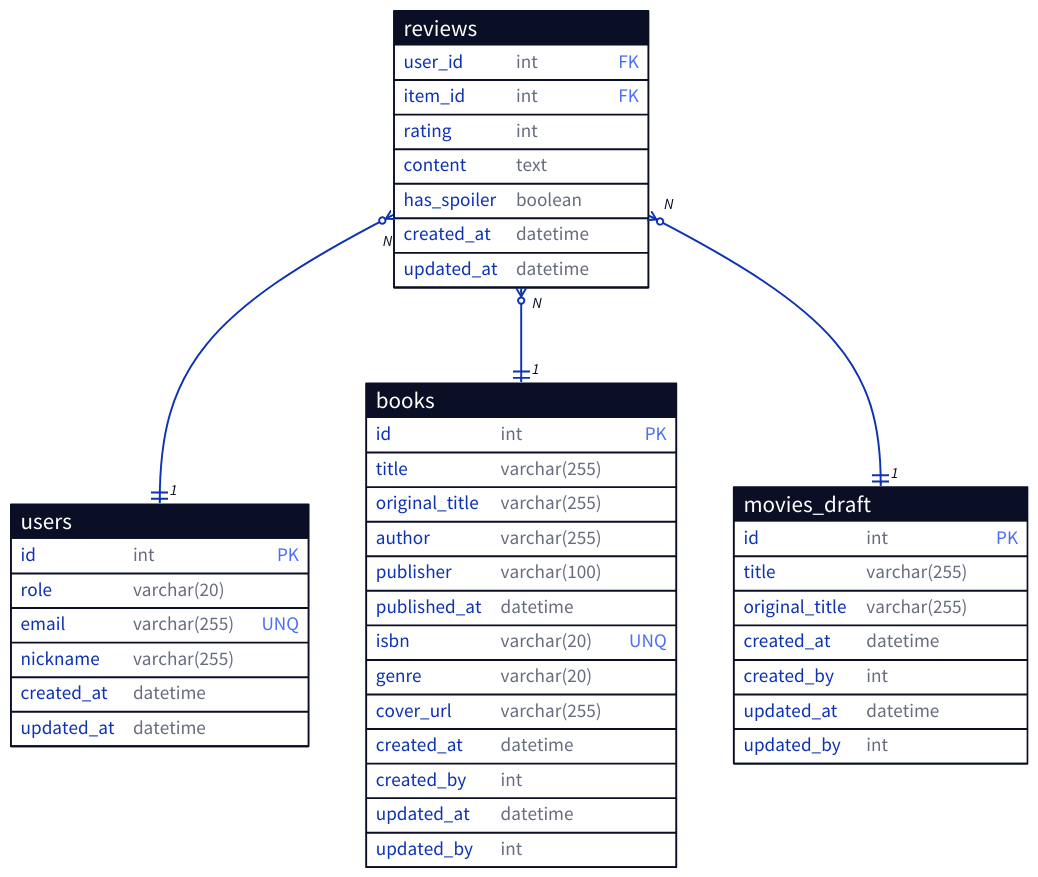
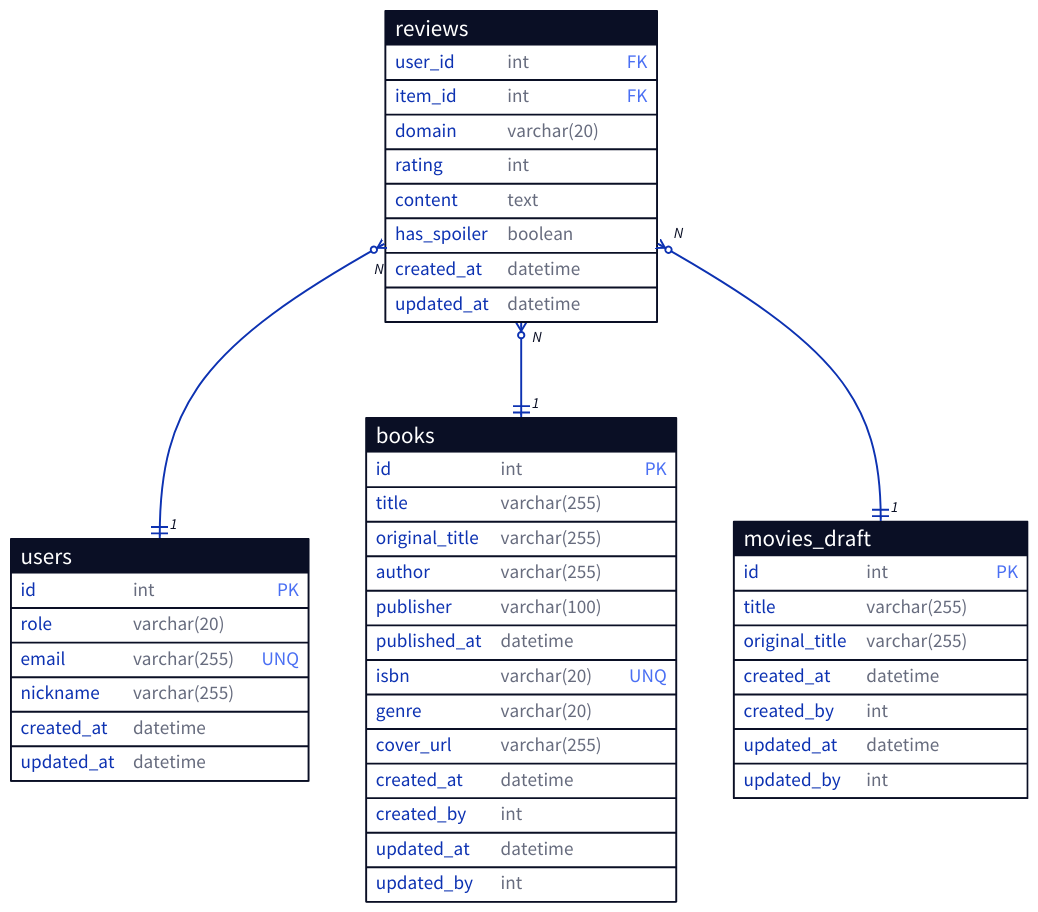
The diagram in resources/erd.d2 (injuk/mjis-content-box), drawn with D2 before and after one commit. The commit also changed 1 other file, not shown here.

Commit message:
chore: erd 수정

```diff
--- a/resources/erd.d2
+++ b/resources/erd.d2
@@ -1,86 +1,87 @@
 users: {
   shape: sql_table
 
   id: int { constraint: primary_key }
 
   role: varchar(20)
   email: varchar(255) { constraint: unique }
   nickname: varchar(255)
 
   created_at: datetime
   updated_at: datetime
 }
 
 books: {
   shape: sql_table
 
   id: int { constraint: primary_key }
 
   title: varchar(255)
   original_title: varchar(255)
   author: varchar(255)
   publisher: varchar(100)
   published_at: datetime
 
   isbn: varchar(20) { constraint: unique }
   genre: varchar(20)
   cover_url: varchar(255)
 
   created_at: datetime
   created_by: int
   updated_at: datetime
   updated_by: int
 }
 
 movies_draft: {
   shape: sql_table
 
   id: int { constraint: primary_key }
 
   title: varchar(255)
   original_title: varchar(255)
 
   created_at: datetime
   created_by: int
   updated_at: datetime
   updated_by: int
 }
 
 reviews: {
   shape: sql_table
 
   user_id: int { constraint: foreign_key }
   item_id: int { constraint: foreign_key }
+  domain: varchar(20)
 
   rating: int
   content: text
   has_spoiler: boolean
 
   created_at: datetime
   updated_at: datetime
 }
 
 reviews.user_id <-> users.id {
   source-arrowhead: N {
     shape: cf-many
   }
   target-arrowhead: 1 {
     shape: cf-one-required
   }
 }
 reviews.item_id <-> books.id {
   source-arrowhead: N {
     shape: cf-many
   }
   target-arrowhead: 1 {
     shape: cf-one-required
   }
 }
 reviews.item_id <-> movies_draft.id {
   source-arrowhead: N {
     shape: cf-many
   }
   target-arrowhead: 1 {
     shape: cf-one-required
   }
 }
```
